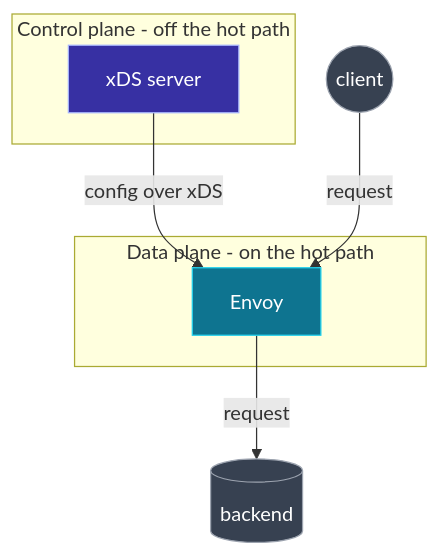
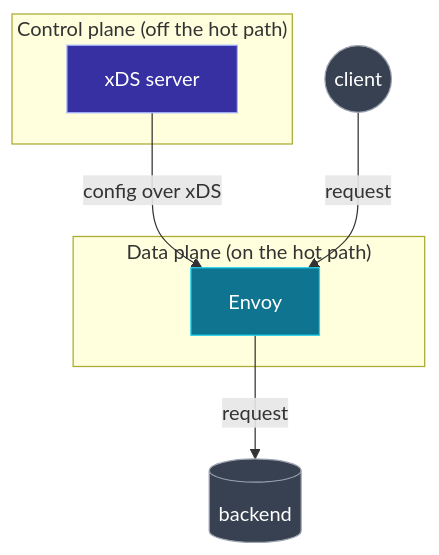
The first of 2 diagrams in docs/00-prerequisites/README.md (0-draft/envoy-xds-deep-dive), drawn with Mermaid before and after one commit. The commit also changed other lines of this file and 29 other files, not shown here.

First line of the commit message:
docs: remove em dashes, fix CJK line wrapping, add LDS/RDS/CDS/EDS dispatch diagram

````diff
--- a/docs/00-prerequisites/README.md
+++ b/docs/00-prerequisites/README.md
@@ -48,19 +32,19 @@
 ```mermaid
 flowchart TB
     accTitle: Control plane vs data plane
     accDescr: The control-plane xDS server configures Envoy over xDS, off the request hot path. The client sends requests through Envoy to the backend, on the hot path.
-    subgraph control[Control plane - off the hot path]
+    subgraph control["Control plane (off the hot path)"]
         cp[xDS server]
     end
-    subgraph data[Data plane - on the hot path]
+    subgraph data["Data plane (on the hot path)"]
         envoy[Envoy]
     end
     cp -- "config over xDS" --> envoy
     client((client)) -- request --> envoy -- request --> backend[(backend)]
     class cp cp
     class envoy envoy
     class client,backend ext
     classDef cp fill:#3730a3,stroke:#a5b4fc,color:#fff
     classDef envoy fill:#0e7490,stroke:#22d3ee,color:#fff
     classDef ext fill:#374151,stroke:#9ca3af,color:#fff
 ```
````
